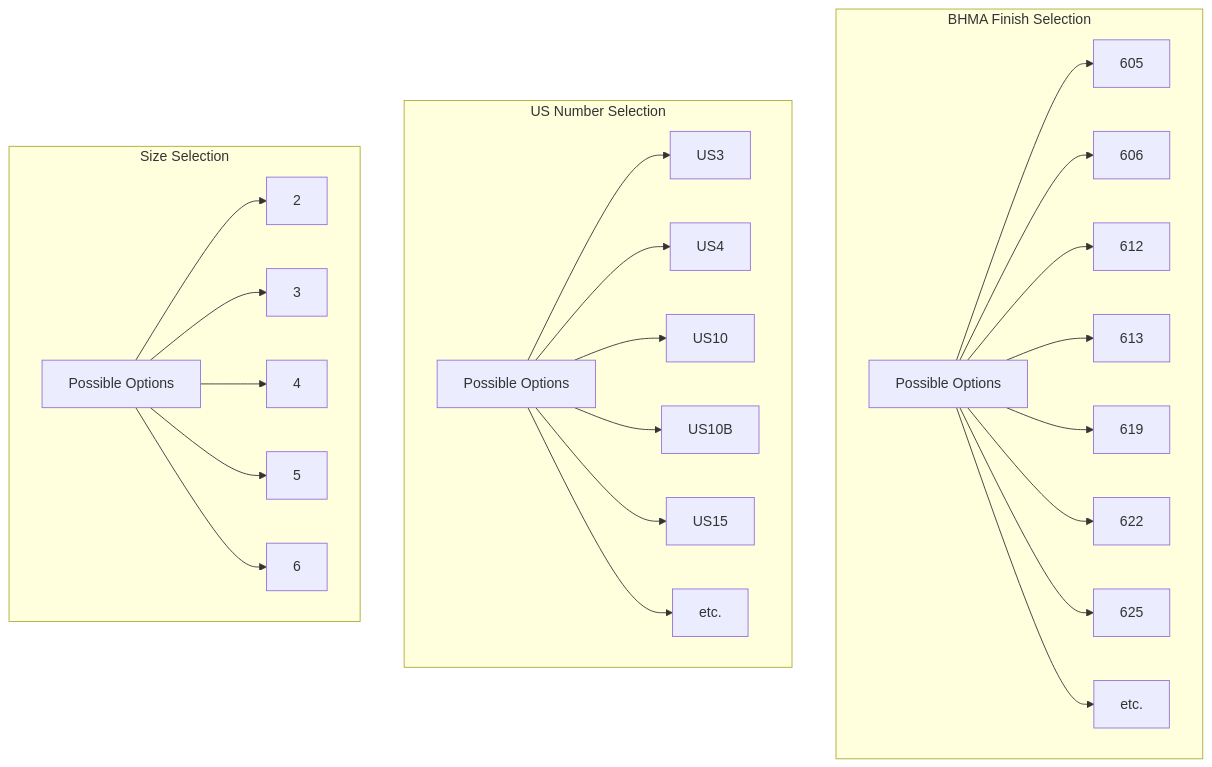
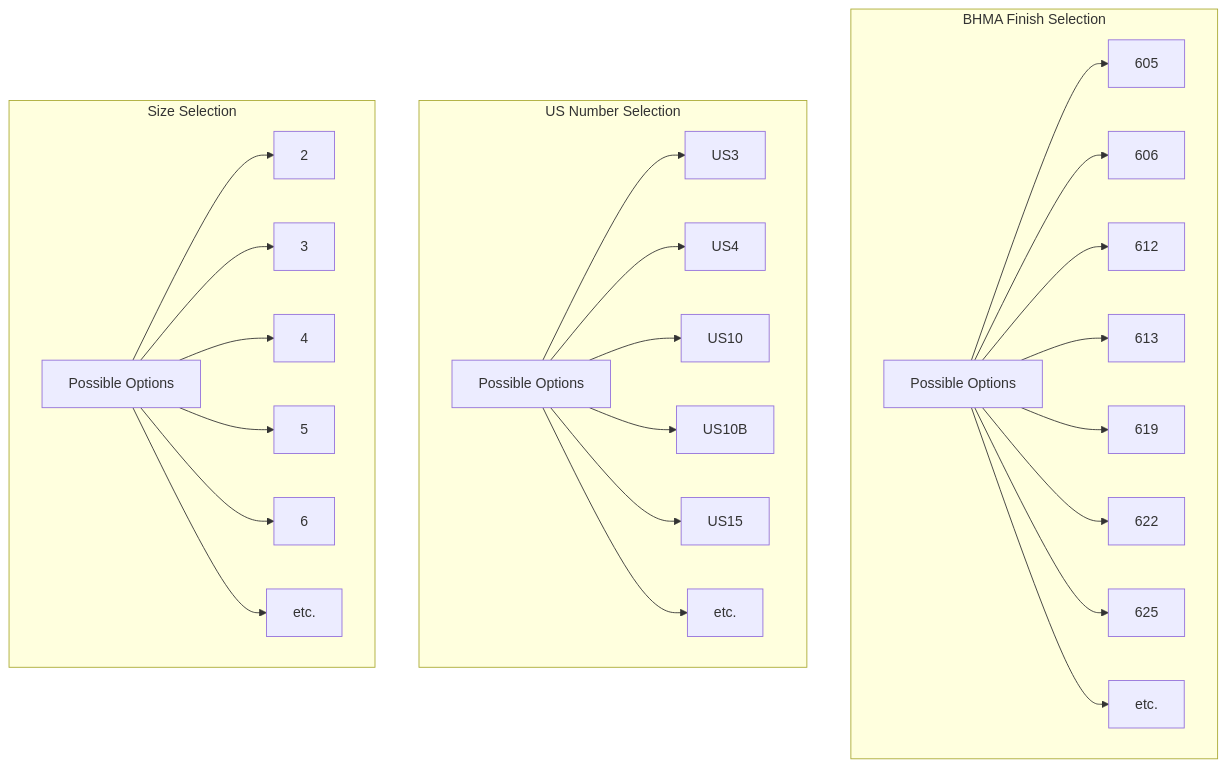
The second of 4 diagrams in README.md (alokdas81/diamond-pricebook-diagram), drawn with Mermaid before and after one commit. The commit also changed other lines of this file, not shown here.

````diff
--- a/README.md
+++ b/README.md
@@ -214,57 +220,59 @@
 ```mermaid
 graph TB
 
 subgraph BHMA Finish Selection
 H[Possible Options]
 605
 606
 612
 613
 619
 622
 625
 I[etc.]
 end
 
 subgraph US Number Selection
 J[Possible Options]
 US3
 US4
 US10
 US10B
 US15
 K[etc.]
 end
 
 subgraph Size Selection
 G[Possible Options]
 2
 3
 4
 5
 6
+L[etc.]
 end
 
 G --> 2
 G --> 3
 G --> 4
 G --> 5
 G --> 6
+G --> L
 
 H --> 605
 H --> 606
 H --> 612
 H --> 613
 
 H --> 619
 H --> 622
 H --> 625
 H --> I
 
 J --> US3
 J --> US4
 J --> US10
 J --> US10B
 J --> US15
 J --> K
 ```
````
